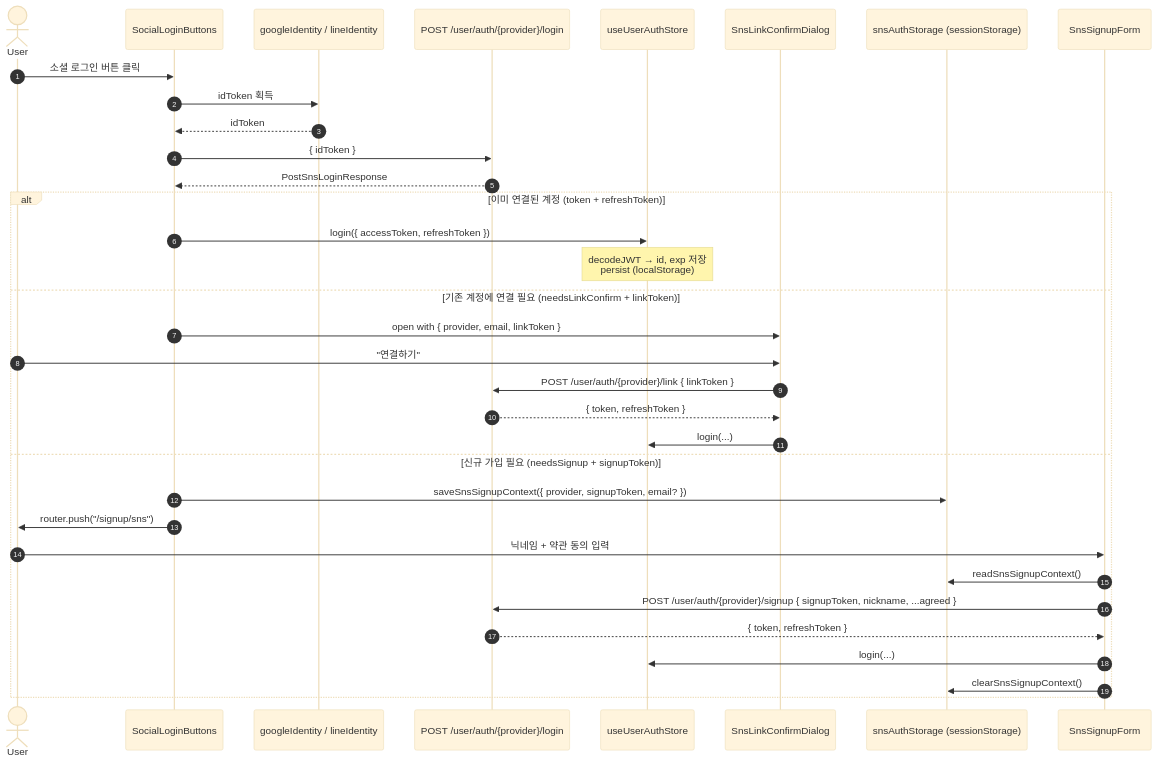
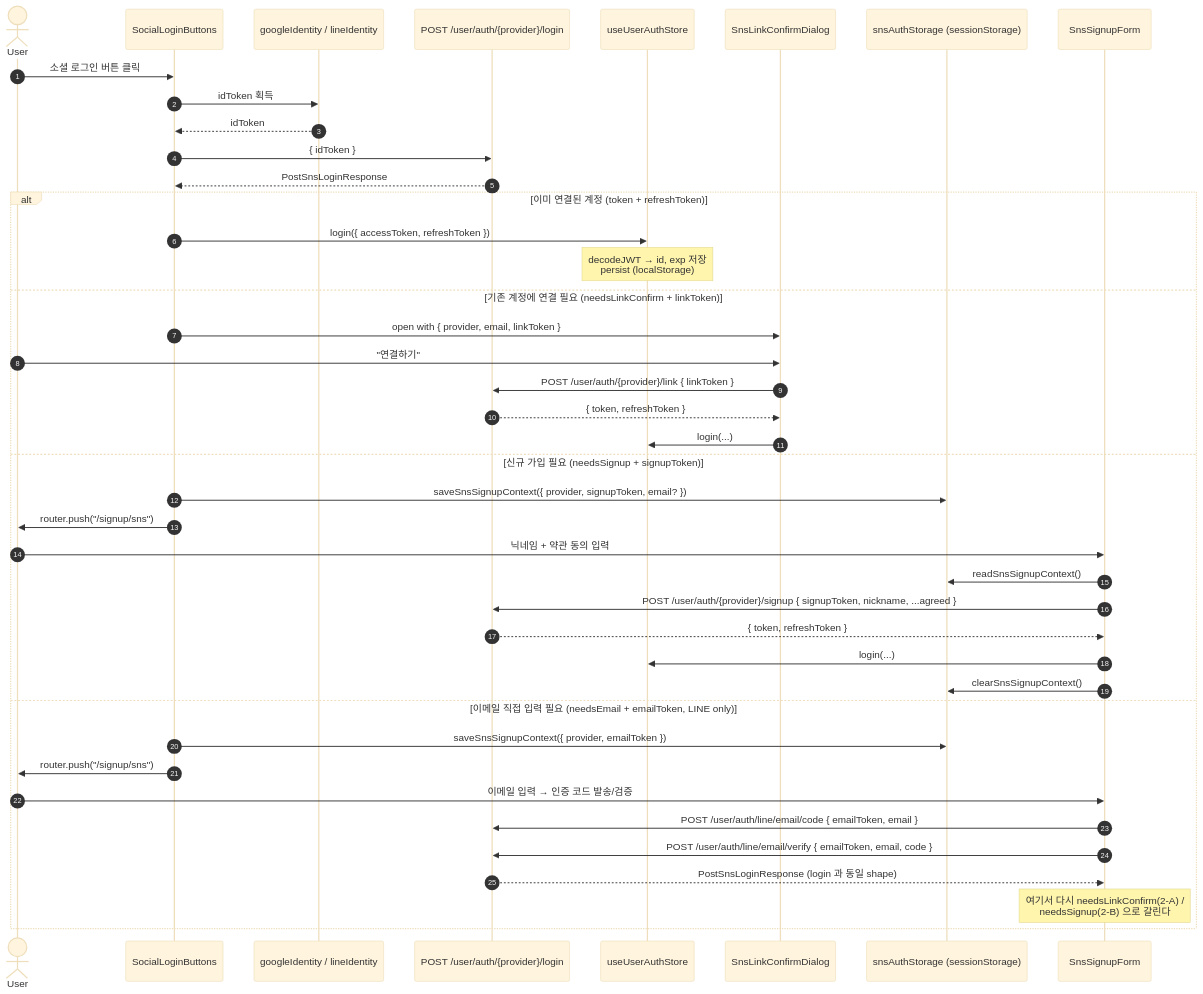
Before and after one commit to SeoulMomentTech/seoul-moment-fe: the diagram in .claude/references/sns-auth-flow.md, drawn with Mermaid (base theme). The commit also changed other lines of this file and 11 other files, not shown here.

First line of the commit message:
feat(web): verify a LINE email inside the SNS signup form

````diff
--- a/.claude/references/sns-auth-flow.md
+++ b/.claude/references/sns-auth-flow.md
@@ -31,38 +32,46 @@
 ```mermaid
 sequenceDiagram
     autonumber
     actor U as User
     participant SB as SocialLoginButtons
     participant ID as googleIdentity / lineIdentity
     participant API as POST /user/auth/{provider}/login
     participant Store as useUserAuthStore
     participant Dlg as SnsLinkConfirmDialog
     participant SS as snsAuthStorage (sessionStorage)
     participant Form as SnsSignupForm
 
     U->>SB: 소셜 로그인 버튼 클릭
     SB->>ID: idToken 획득
     ID-->>SB: idToken
     SB->>API: { idToken }
     API-->>SB: PostSnsLoginResponse
 
     alt 이미 연결된 계정 (token + refreshToken)
         SB->>Store: login({ accessToken, refreshToken })
         Note over Store: decodeJWT → id, exp 저장<br/>persist (localStorage)
     else 기존 계정에 연결 필요 (needsLinkConfirm + linkToken)
         SB->>Dlg: open with { provider, email, linkToken }
         U->>Dlg: "연결하기"
         Dlg->>API: POST /user/auth/{provider}/link { linkToken }
         API-->>Dlg: { token, refreshToken }
         Dlg->>Store: login(...)
     else 신규 가입 필요 (needsSignup + signupToken)
         SB->>SS: saveSnsSignupContext({ provider, signupToken, email? })
         SB->>U: router.push("/signup/sns")
         U->>Form: 닉네임 + 약관 동의 입력
         Form->>SS: readSnsSignupContext()
         Form->>API: POST /user/auth/{provider}/signup { signupToken, nickname, ...agreed }
         API-->>Form: { token, refreshToken }
         Form->>Store: login(...)
         Form->>SS: clearSnsSignupContext()
+    else 이메일 직접 입력 필요 (needsEmail + emailToken, LINE only)
+        SB->>SS: saveSnsSignupContext({ provider, emailToken })
+        SB->>U: router.push("/signup/sns")
+        U->>Form: 이메일 입력 → 인증 코드 발송/검증
+        Form->>API: POST /user/auth/line/email/code { emailToken, email }
+        Form->>API: POST /user/auth/line/email/verify { emailToken, email, code }
+        API-->>Form: PostSnsLoginResponse (login 과 동일 shape)
+        Note over Form: 여기서 다시 needsLinkConfirm(2-A) /<br/>needsSignup(2-B) 으로 갈린다
     end
 ```
````
